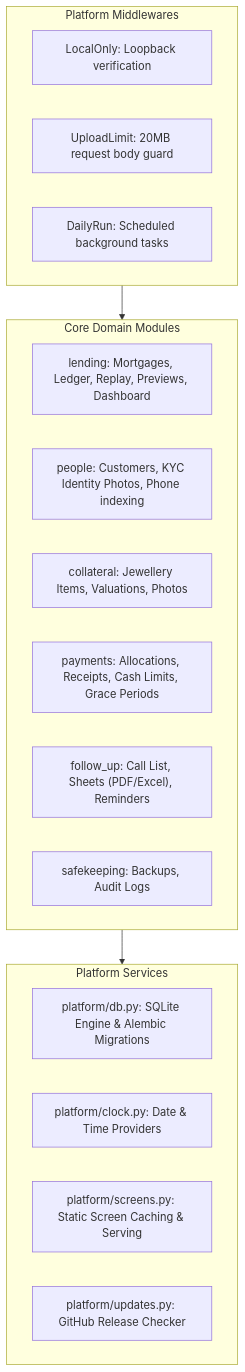
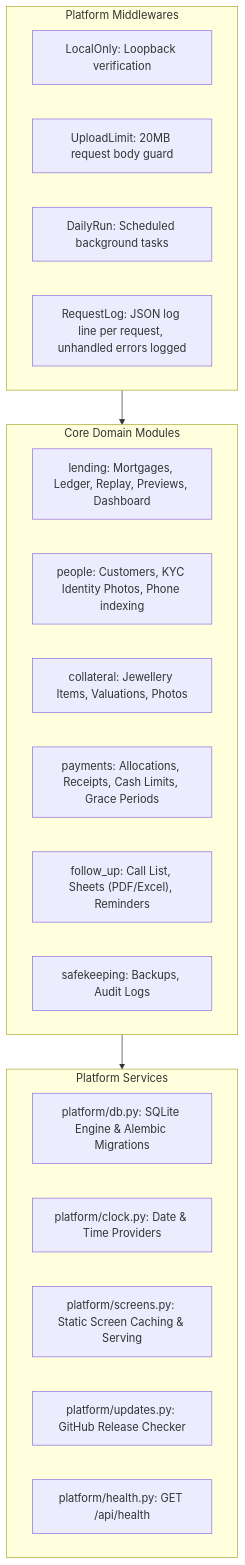
Before and after one commit to krucx/Mortgage-Management-App: the third of 6 diagrams in Documentation/ARCHITECTURE.md, drawn with Mermaid. The commit also changed other lines of this file and 8 other files, not shown here.

````diff
--- a/Documentation/ARCHITECTURE.md
+++ b/Documentation/ARCHITECTURE.md
@@ -177,27 +179,29 @@
 ```mermaid
 flowchart TD
     subgraph Middlewares["Platform Middlewares"]
         M1["LocalOnly: Loopback verification"]
         M2["UploadLimit: 20MB request body guard"]
         M3["DailyRun: Scheduled background tasks"]
+        M4["RequestLog: JSON log line per request, unhandled errors logged"]
     end
 
     subgraph DomainModules["Core Domain Modules"]
         Lending["lending: Mortgages, Ledger, Replay, Previews, Dashboard"]
         People["people: Customers, KYC Identity Photos, Phone indexing"]
         Collateral["collateral: Jewellery Items, Valuations, Photos"]
         Payments["payments: Allocations, Receipts, Cash Limits, Grace Periods"]
         FollowUp["follow_up: Call List, Sheets (PDF/Excel), Reminders"]
         Safekeeping["safekeeping: Backups, Audit Logs"]
     end
 
     subgraph PlatformLayer["Platform Services"]
         DB["platform/db.py: SQLite Engine & Alembic Migrations"]
         Clock["platform/clock.py: Date & Time Providers"]
         Screens["platform/screens.py: Static Screen Caching & Serving"]
         Updates["platform/updates.py: GitHub Release Checker"]
+        Health["platform/health.py: GET /api/health"]
     end
 
     Middlewares --> DomainModules
     DomainModules --> PlatformLayer
 ```
````
